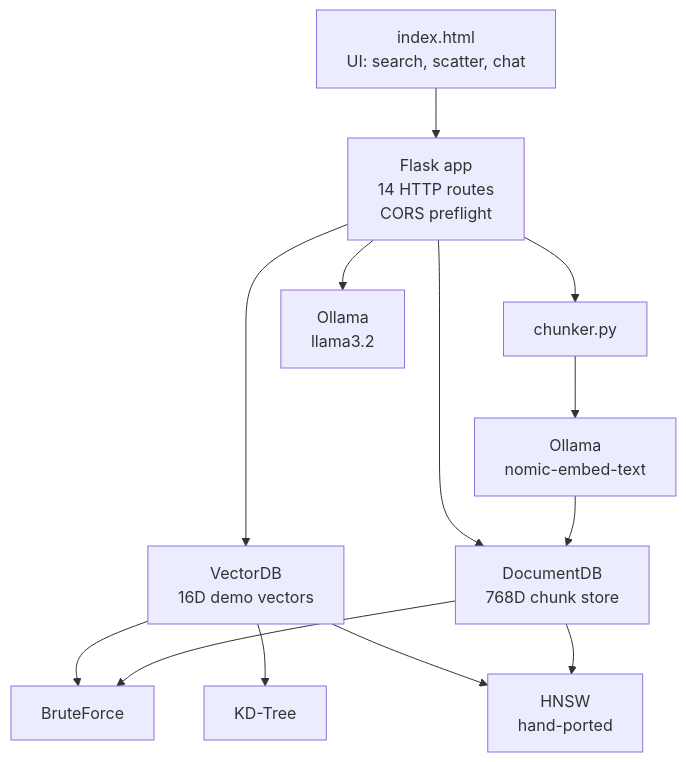
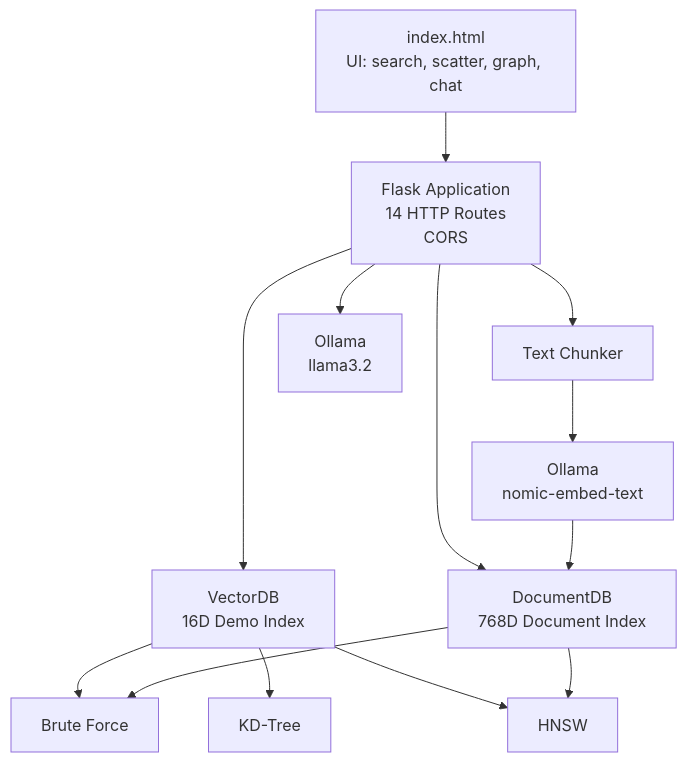
One commit to Samar-Talwar/Build-Your-Own-VectorDB changed the diagram in README.md. Above: the diagram before and after it, drawn with Mermaid. The commit also changed other lines of this file, not shown here.

````diff
--- a/README.md
+++ b/README.md
@@ -28,26 +26,32 @@
 ```mermaid
 flowchart TD
-    Browser[index.html<br/>UI: search, scatter, chat]
-    Flask[Flask app<br/>14 HTTP routes<br/>CORS preflight]
-    VDB[VectorDB<br/>16D demo vectors]
-    DDB[DocumentDB<br/>768D chunk store]
-    BF[BruteForce]
+    Browser[index.html<br/>UI: search, scatter, graph, chat]
+    Flask[Flask Application<br/>14 HTTP Routes<br/>CORS]
+    VDB[VectorDB<br/>16D Demo Index]
+    DDB[DocumentDB<br/>768D Document Index]
+
+    BF[Brute Force]
     KDT[KD-Tree]
-    HNSW[HNSW<br/>hand-ported]
-    Chunk[chunker.py]
-    OEmbed[Ollama<br/>nomic-embed-text]
-    OGen[Ollama<br/>llama3.2]
+    HNSW[HNSW]
+
+    Chunk[Text Chunker]
+    Embed[Ollama<br/>nomic-embed-text]
+    Generate[Ollama<br/>llama3.2]
 
     Browser --> Flask
     Flask --> VDB
     Flask --> DDB
+
     VDB --> BF
     VDB --> KDT
     VDB --> HNSW
+
+    DDB --> BF
     DDB --> HNSW
-    DDB --> BF
+
     Flask --> Chunk
-    Chunk --> OEmbed
-    OEmbed --> DDB
-    Flask --> OGen
+    Chunk --> Embed
+    Embed --> DDB
+
+    Flask --> Generate
 ```
````
